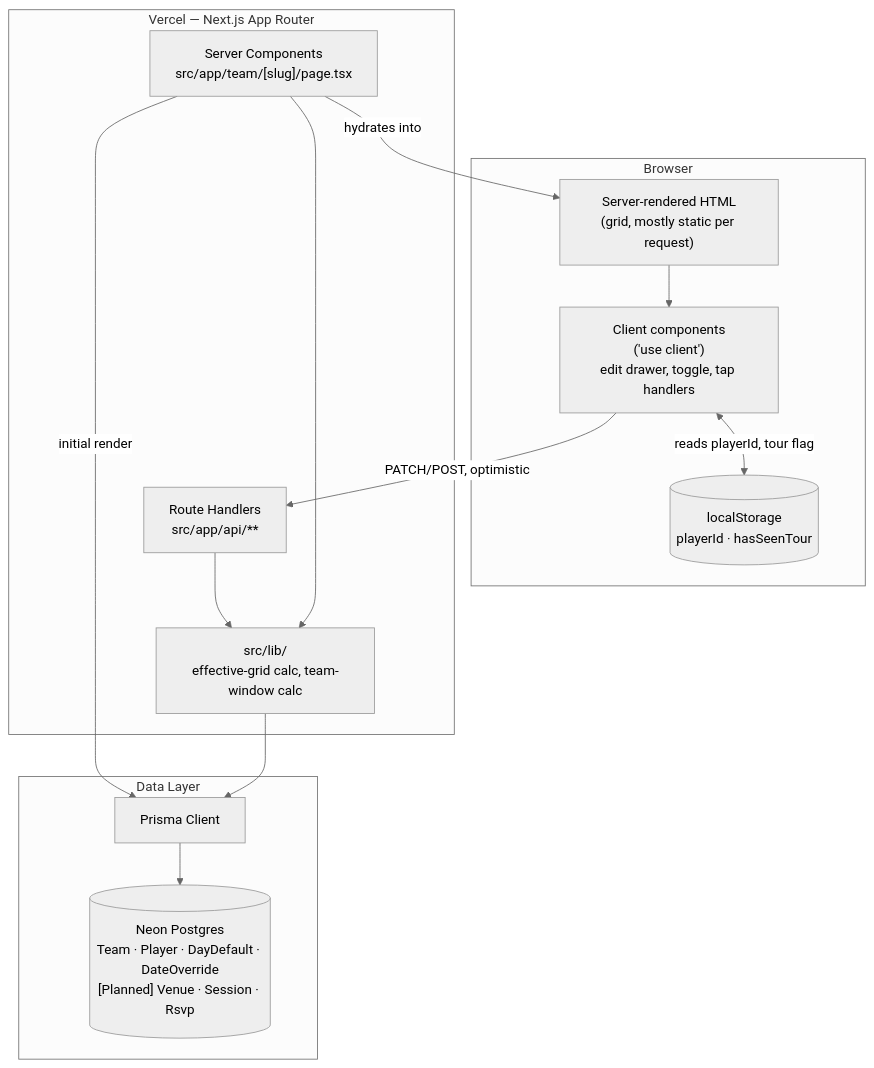
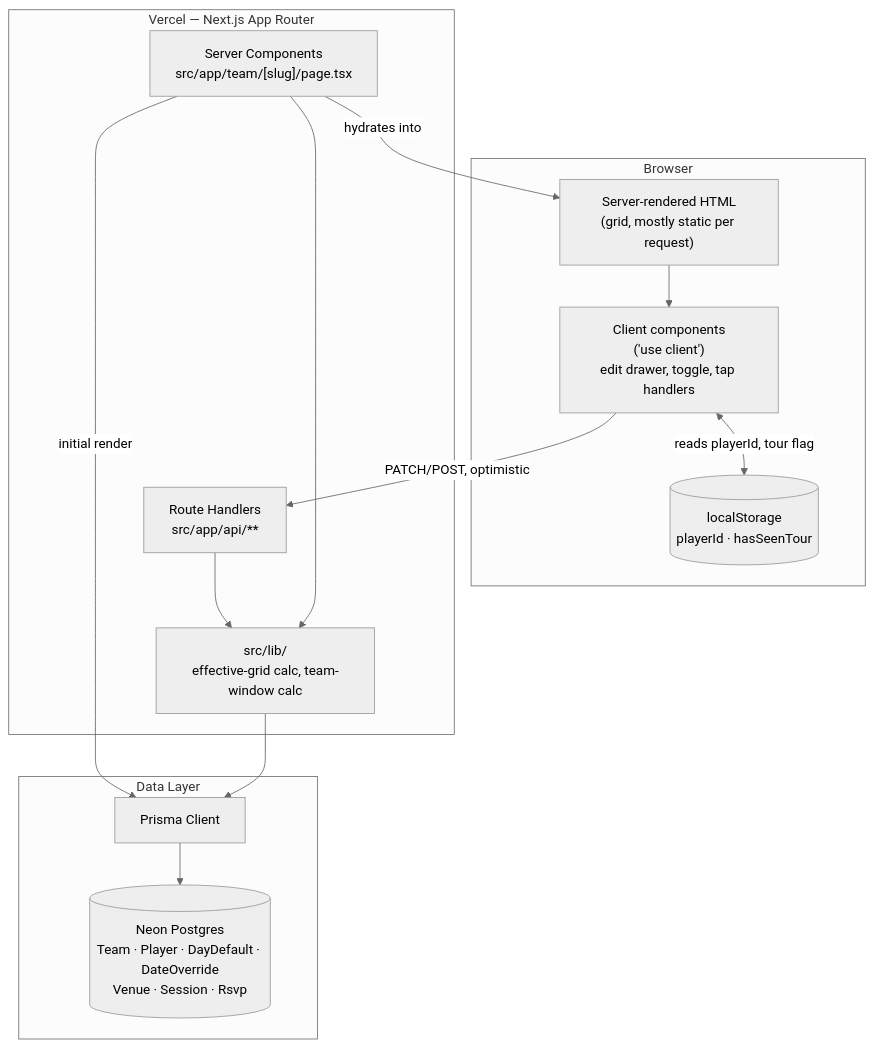
One commit to tmdbah/practice-runs changed the second of 11 diagrams in context/practiceRuns-Architecture.md. Above: the diagram before and after it, drawn with Mermaid (neutral theme). The commit also changed other lines of this file and 3 other files, not shown here.

````diff
--- a/context/practiceRuns-Architecture.md
+++ b/context/practiceRuns-Architecture.md
@@ -54,29 +54,29 @@
 ```mermaid
 graph TB
     subgraph Client["Browser"]
         RSC_Rendered["Server-rendered HTML<br/>(grid, mostly static per request)"]
         ClientComponents["Client components<br/>('use client')<br/>edit drawer, toggle, tap handlers"]
         LocalStorage[("localStorage<br/>playerId · hasSeenTour")]
     end
 
     subgraph Vercel["Vercel — Next.js App Router"]
         Pages["Server Components<br/>src/app/team/[slug]/page.tsx"]
         API["Route Handlers<br/>src/app/api/**"]
         Lib["src/lib/<br/>effective-grid calc, team-window calc"]
     end
 
     subgraph Data["Data Layer"]
         Prisma["Prisma Client"]
-        Neon[("Neon Postgres<br/>Team · Player · DayDefault · DateOverride<br/>[Planned] Venue · Session · Rsvp")]
+        Neon[("Neon Postgres<br/>Team · Player · DayDefault · DateOverride<br/>Venue · Session · Rsvp")]
     end
 
     ClientComponents <-->|reads playerId, tour flag| LocalStorage
     Pages -->|initial render| Prisma
     ClientComponents -->|PATCH/POST, optimistic| API
     API --> Lib
     Pages --> Lib
     Lib --> Prisma
     Prisma --> Neon
     Pages -->|hydrates into| RSC_Rendered
     RSC_Rendered --> ClientComponents
 ```
````
